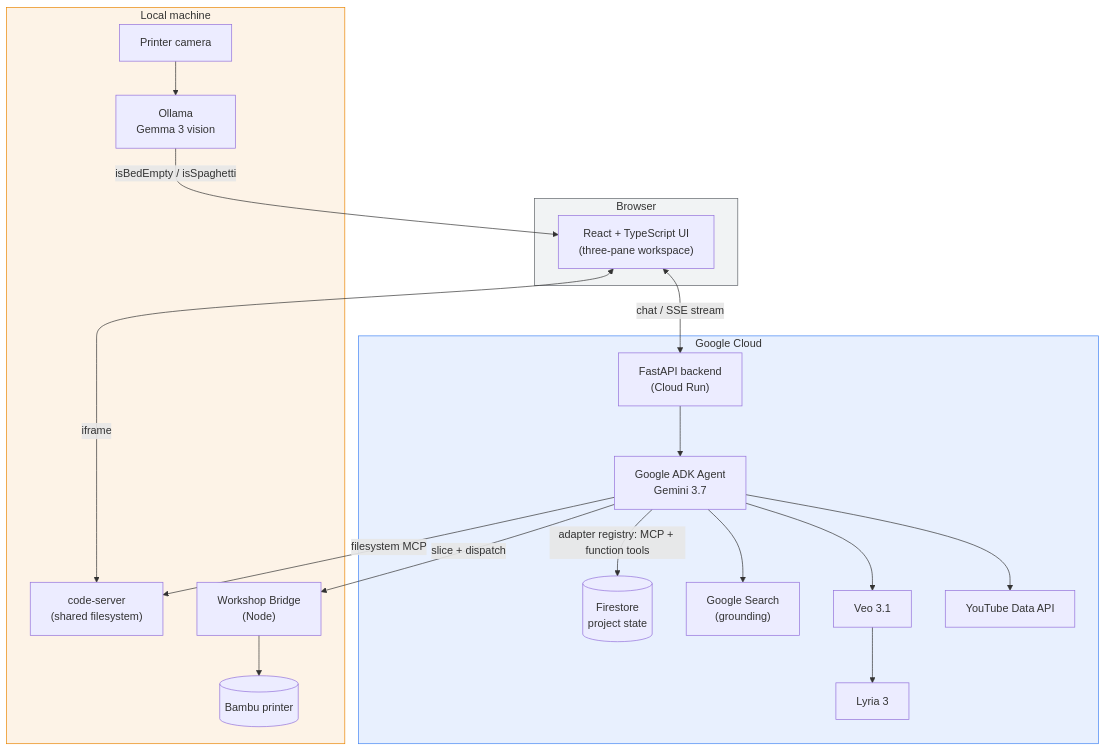
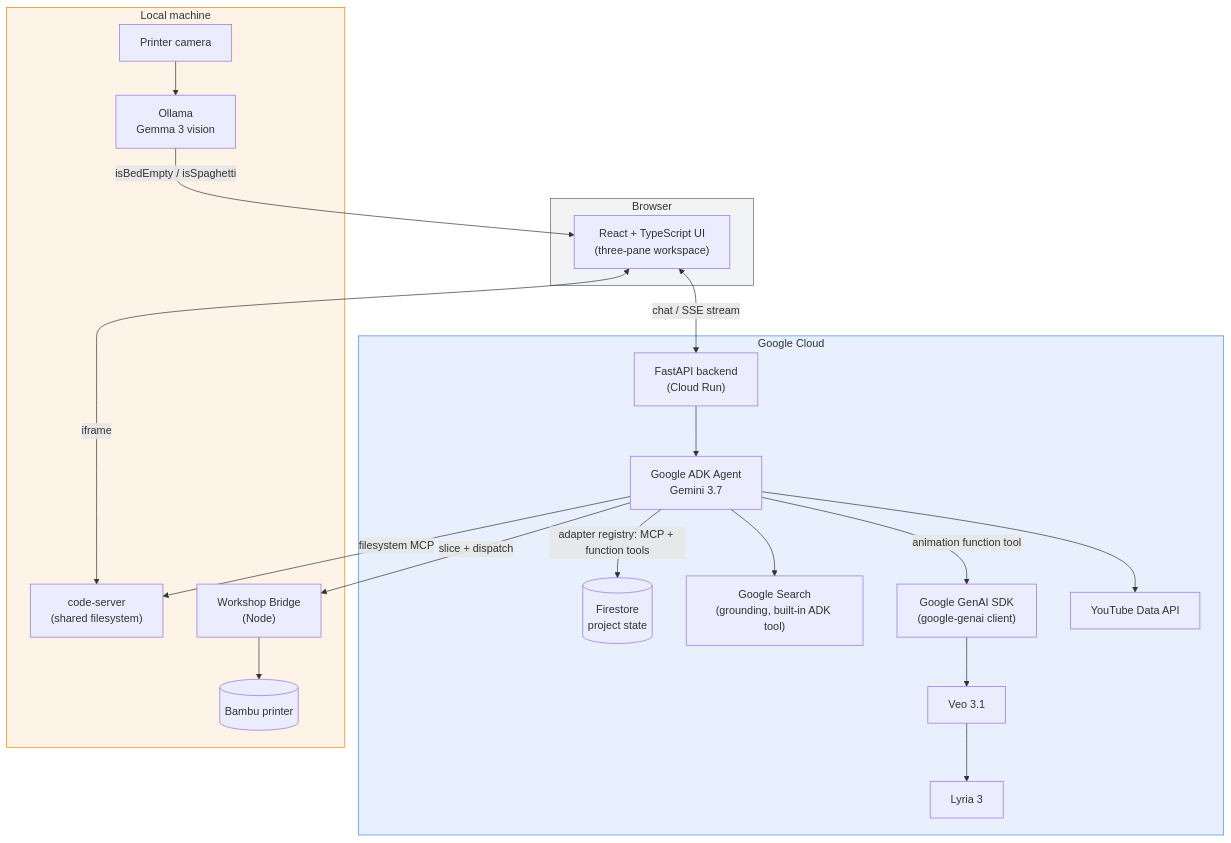
Before and after one commit to Its-a-me-Ashwin/Anvil: the diagram in README.md, drawn with Mermaid. The commit also changed other lines of this file, not shown here.

First line of the commit message:
Add Google GenAI SDK information to README

````diff
--- a/README.md
+++ b/README.md
@@ -161,40 +162,42 @@
 ```mermaid
 flowchart TB
     subgraph Client["Browser"]
         UI["React + TypeScript UI<br/>(three-pane workspace)"]
     end
 
     subgraph Cloud["Google Cloud"]
         Backend["FastAPI backend<br/>(Cloud Run)"]
         ADK["Google ADK Agent<br/>Gemini 3.7"]
         FS[("Firestore<br/>project state")]
-        Search["Google Search<br/>(grounding)"]
+        Search["Google Search<br/>(grounding, built-in ADK tool)"]
+        GenAI["Google GenAI SDK<br/>(google-genai client)"]
         Veo["Veo 3.1"]
         Lyria["Lyria 3"]
         YT["YouTube Data API"]
     end
 
     subgraph Local["Local machine"]
         CS["code-server<br/>(shared filesystem)"]
         Bridge["Workshop Bridge<br/>(Node)"]
         Printer[("Bambu printer")]
         Cam["Printer camera"]
         Ollama["Ollama<br/>Gemma 3 vision"]
     end
 
     UI <-->|chat / SSE stream| Backend
     Backend --> ADK
     ADK -->|adapter registry: MCP + function tools| FS
     ADK --> Search
-    ADK --> Veo --> Lyria
+    ADK -->|animation function tool| GenAI
+    GenAI --> Veo --> Lyria
     ADK --> YT
     ADK -->|filesystem MCP| CS
     ADK -->|slice + dispatch| Bridge
     Bridge --> Printer
     UI <-->|iframe| CS
     Cam --> Ollama -->|isBedEmpty / isSpaghetti| UI
 
     style Cloud fill:#e8f0fe,stroke:#4285F4
     style Local fill:#fdf3e7,stroke:#EA8600
     style Client fill:#f1f3f4,stroke:#5f6368
 ```
````
